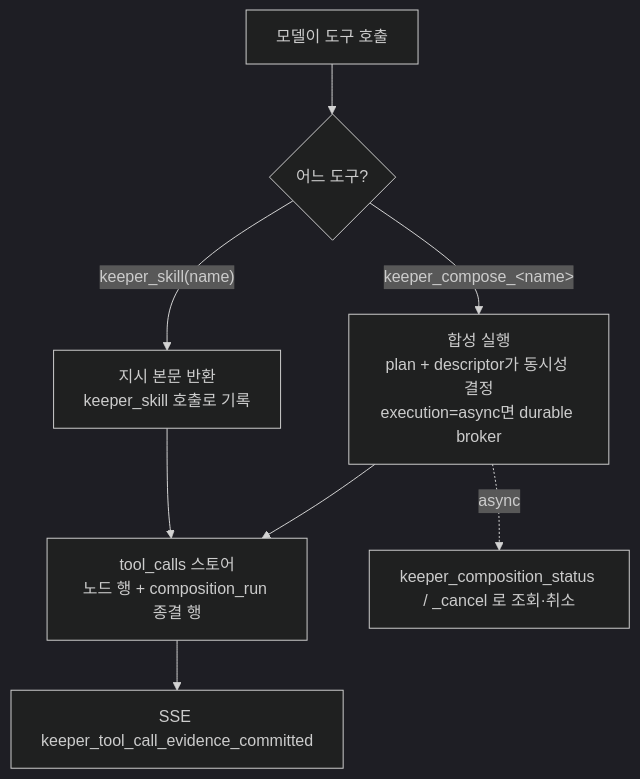
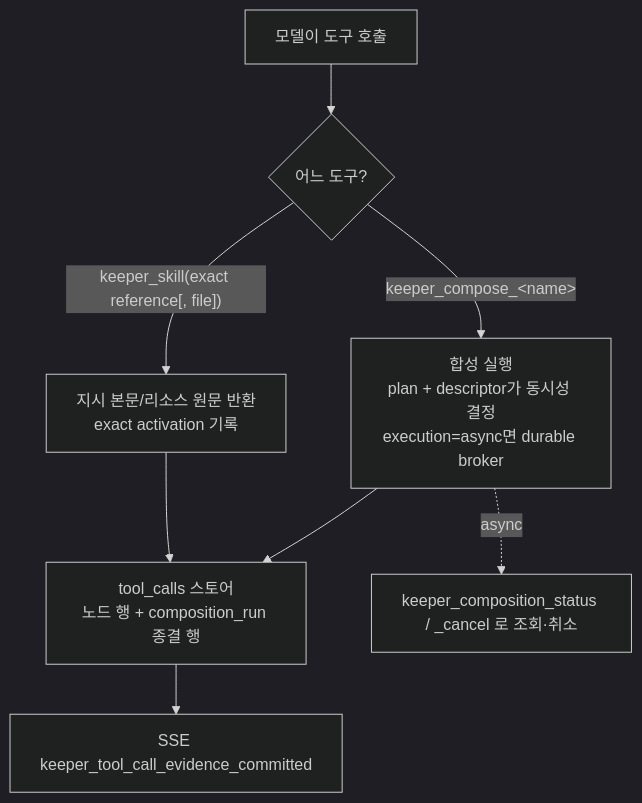
One commit to jeong-sik/masc changed the fourth of 4 diagrams in docs/SKILLS-FLOW.md. Above: the diagram before and after it, drawn with Mermaid (dark theme). The commit also changed other lines of this file and 1 other file, not shown here.

Commit message:
docs(skills): align flow with exact proof authority

````diff
--- a/docs/SKILLS-FLOW.md
+++ b/docs/SKILLS-FLOW.md
@@ -149,10 +150,10 @@
 ```mermaid
 flowchart TD
   M["모델이 도구 호출"] --> K{"어느 도구?"}
   K -->|"keeper_compose_&lt;name&gt;"| CR["합성 실행<br/>plan + descriptor가 동시성 결정<br/>execution=async면 durable broker"]
-  K -->|"keeper_skill(name)"| IR["지시 본문 반환<br/>keeper_skill 호출로 기록"]
+  K -->|"keeper_skill(exact reference[, file])"| IR["지시 본문/리소스 원문 반환<br/>exact activation 기록"]
   CR --> EV["tool_calls 스토어<br/>노드 행 + composition_run 종결 행"]
   IR --> EV
   EV --> SSE["SSE keeper_tool_call_evidence_committed"]
   CR -.->|"async"| ST["keeper_composition_status / _cancel 로 조회·취소"]
 ```
````
